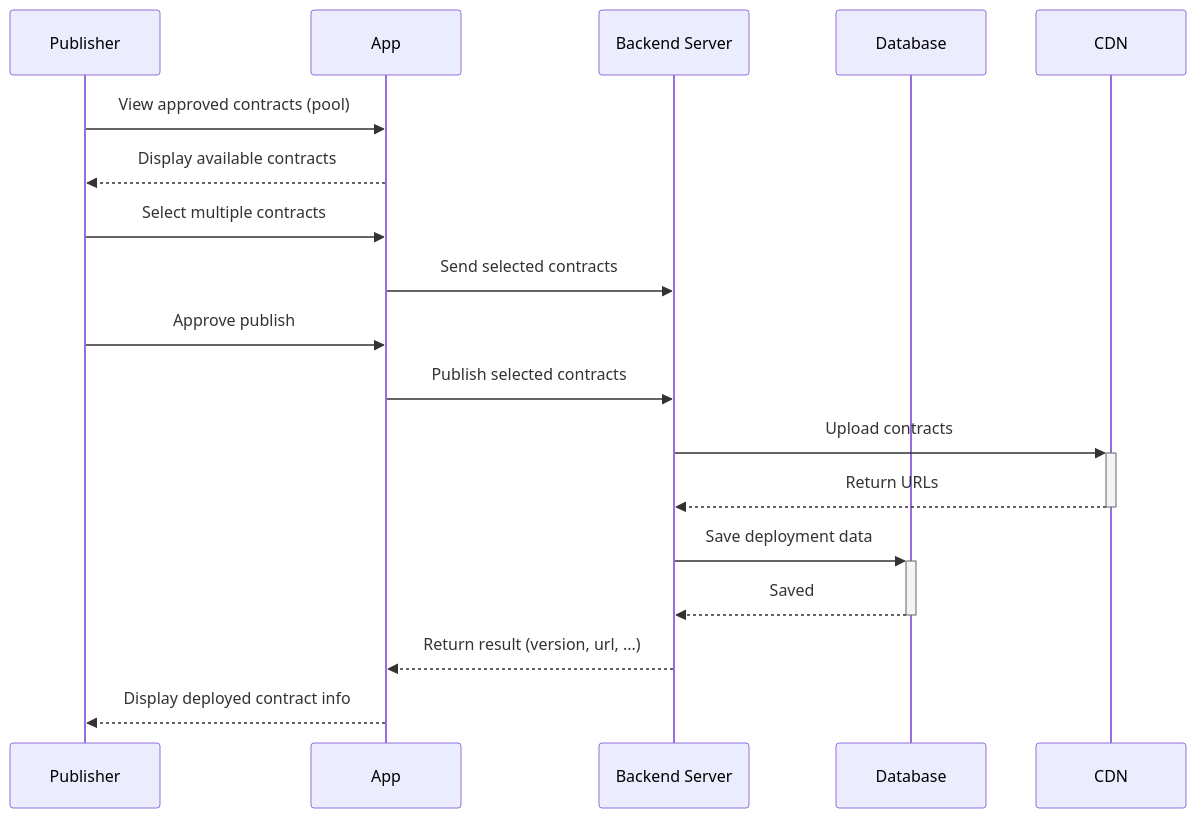
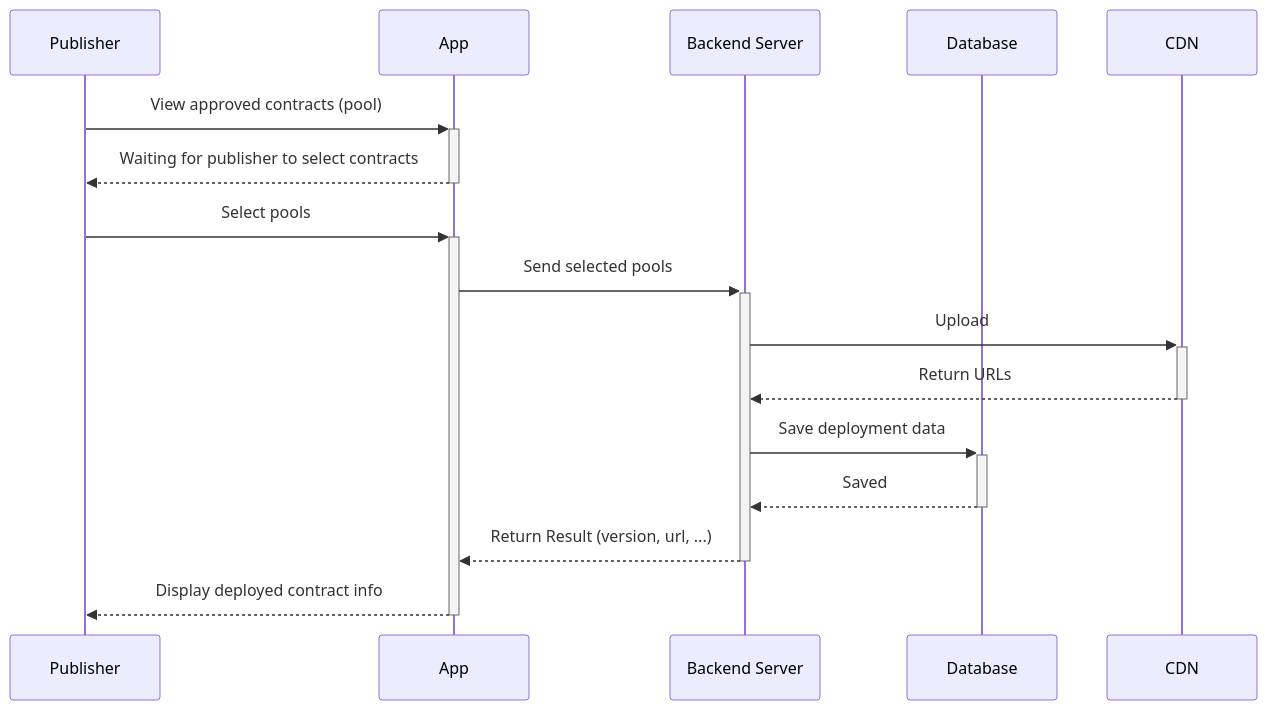
The diagram in docs/publish.md (Jittapeak/jitta-contract-diagrams), drawn with Mermaid before and after one commit. The commit also changed 2 other files, not shown here.

Commit message:
fix: activation

````diff
--- a/docs/publish.md
+++ b/docs/publish.md
@@ -4,26 +4,23 @@
 ```mermaid
 sequenceDiagram
       participant Pub as Publisher
       participant App as App
       participant Server as Backend Server
       participant DB as Database
       participant CDN as CDN
       
-      Pub ->> App: View approved contracts (pool)
-      App -->> Pub: Display available contracts
+      Pub ->>+ App: View approved contracts (pool)
+      App -->>- Pub: Waiting for publisher to select contracts
 
-      Pub ->> App: Select multiple contracts
-      App ->> Server: Send selected contracts
+      Pub ->>+ App: Select pools
+      App ->>+ Server: Send selected pools
 
-      Pub ->> App: Approve publish
-      App ->> Server: Publish selected contracts
-
-      Server ->>+ CDN: Upload contracts
+      Server ->>+ CDN: Upload
       CDN -->>- Server: Return URLs
 
       Server ->>+ DB: Save deployment data
       DB -->>- Server: Saved
 
-      Server -->> App: Return result (version, url, ...)
-      App -->> Pub: Display deployed contract info
+      Server -->>- App: Return Result (version, url, ...)
+      App -->>- Pub: Display deployed contract info
 ```
````
